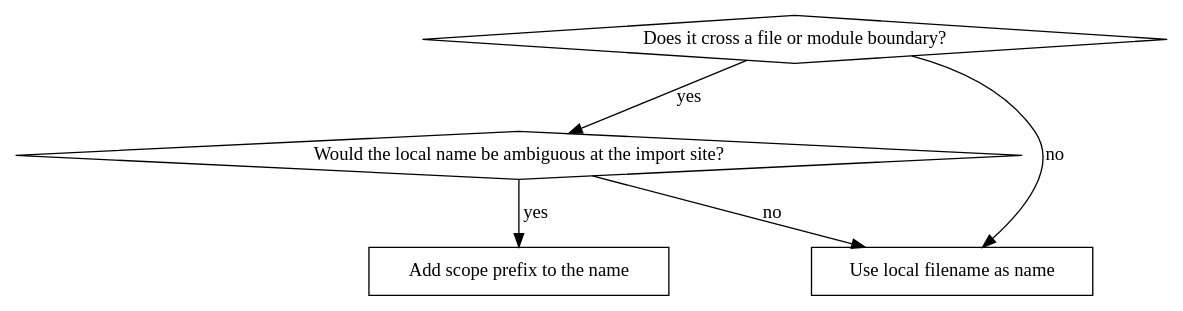
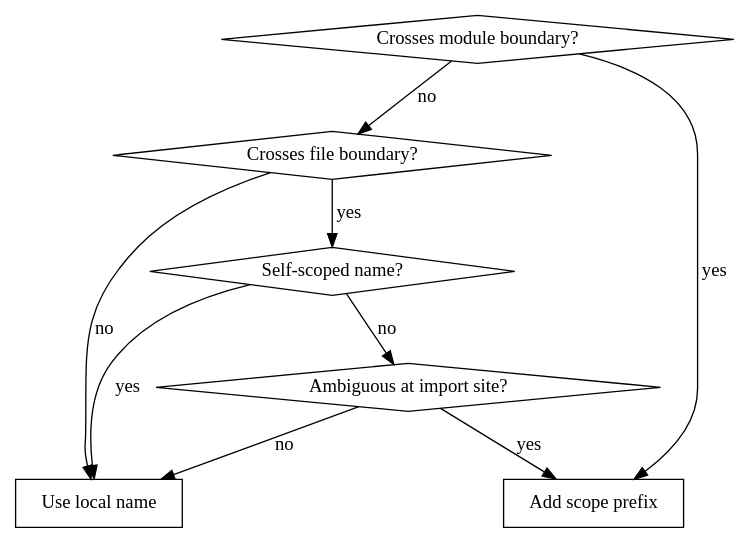
One commit to geril07/skills changed the diagram in skills/naming-conventions/SKILL.md. Above: the diagram before and after it, drawn with Graphviz. The commit also changed other lines of this file, not shown here.

````diff
--- a/skills/naming-conventions/SKILL.md
+++ b/skills/naming-conventions/SKILL.md
@@ -34,13 +40,19 @@
 ```dot
 digraph naming {
-  "Does it cross a file or module boundary?" [shape=diamond];
-  "Would the local name be ambiguous at the import site?" [shape=diamond];
-  "Use local filename as name" [shape=box];
-  "Add scope prefix to the name" [shape=box];
+  "Crosses module boundary?" [shape=diamond];
+  "Crosses file boundary?" [shape=diamond];
+  "Ambiguous at import site?" [shape=diamond];
+  "Self-scoped name?" [shape=diamond];
+  "Use local name" [shape=box];
+  "Add scope prefix" [shape=box];
 
-  "Does it cross a file or module boundary?" -> "Use local filename as name" [label="no"];
-  "Does it cross a file or module boundary?" -> "Would the local name be ambiguous at the import site?" [label="yes"];
-  "Would the local name be ambiguous at the import site?" -> "Use local filename as name" [label="no"];
-  "Would the local name be ambiguous at the import site?" -> "Add scope prefix to the name" [label="yes"];
+  "Crosses module boundary?" -> "Add scope prefix" [label="yes"];
+  "Crosses module boundary?" -> "Crosses file boundary?" [label="no"];
+  "Crosses file boundary?" -> "Use local name" [label="no"];
+  "Crosses file boundary?" -> "Self-scoped name?" [label="yes"];
+  "Self-scoped name?" -> "Use local name" [label="yes"];
+  "Self-scoped name?" -> "Ambiguous at import site?" [label="no"];
+  "Ambiguous at import site?" -> "Use local name" [label="no"];
+  "Ambiguous at import site?" -> "Add scope prefix" [label="yes"];
 }
 ```
````
